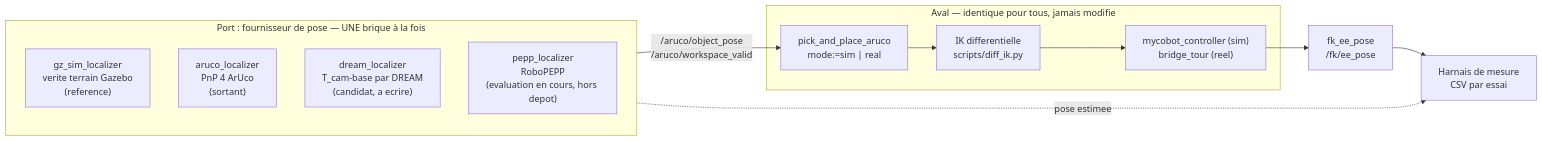
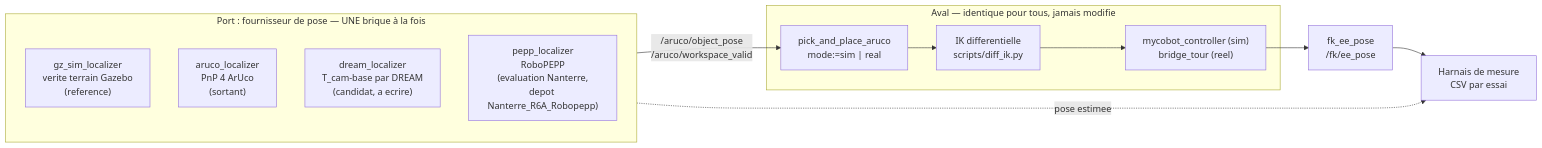
The diagram in docs/SPEC_VALIDATION_BRIQUES.md (ABMI-software/mycobot_320pi_R6A), drawn with Mermaid before and after one commit. The commit also changed other lines of this file and 1 other file, not shown here.

First line of the commit message:
docs(spec): RoboPEPP evaluation is led at Nanterre by Thomas BANDINI

````diff
--- a/docs/SPEC_VALIDATION_BRIQUES.md
+++ b/docs/SPEC_VALIDATION_BRIQUES.md
@@ -76,22 +77,22 @@
 ```mermaid
 flowchart LR
     subgraph SRC["Port : fournisseur de pose — UNE brique à la fois"]
         GT["gz_sim_localizer<br/>verite terrain Gazebo<br/>(reference)"]
         AR["aruco_localizer<br/>PnP 4 ArUco<br/>(sortant)"]
         DR["dream_localizer<br/>T_cam-base par DREAM<br/>(candidat, a ecrire)"]
-        RP["pepp_localizer<br/>RoboPEPP<br/>(evaluation en cours, hors depot)"]
+        RP["pepp_localizer<br/>RoboPEPP<br/>(evaluation Nanterre,<br/>depot Nanterre_R6A_Robopepp)"]
     end
     SRC -->|"/aruco/object_pose<br/>/aruco/workspace_valid"| PP
 
     subgraph AVAL["Aval — identique pour tous, jamais modifie"]
         PP["pick_and_place_aruco<br/>mode:=sim | real"]
         IK["IK differentielle<br/>scripts/diff_ik.py"]
         CTL["mycobot_controller (sim)<br/>bridge_tour (reel)"]
     end
     PP --> IK --> CTL
 
     FK["fk_ee_pose<br/>/fk/ee_pose"] --> MES
     CTL --> FK
     MES["Harnais de mesure<br/>CSV par essai"]
     SRC -.->|pose estimee| MES
 ```
````
